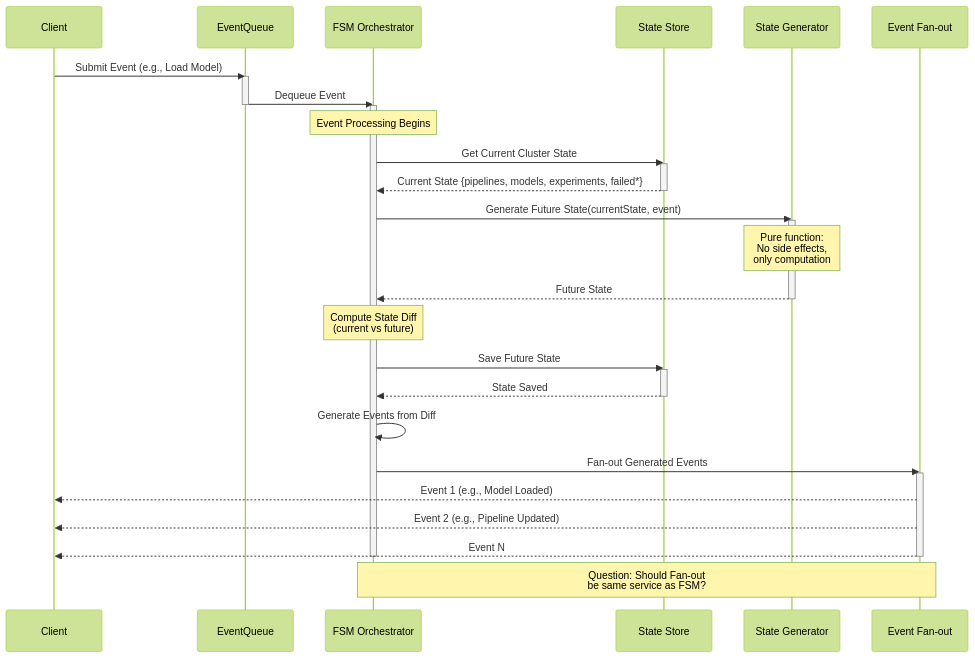
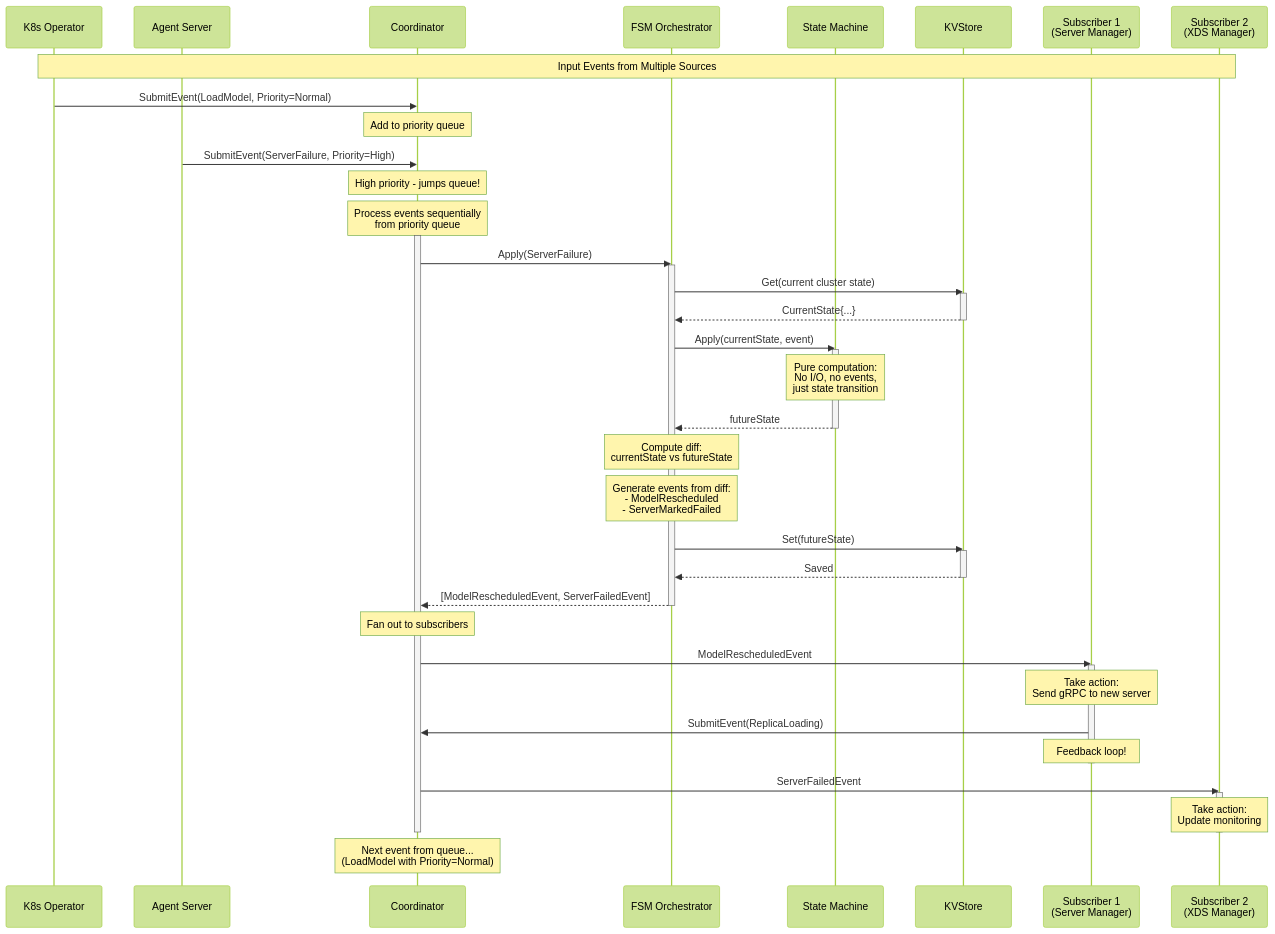
The diagram in scheduler/pkg/fsm/DESIGN.md (SeldonIO/seldon-core), drawn with Mermaid (forest theme) before and after one commit. The commit also changed other lines of this file and 5 other files, not shown here.

````diff
--- a/scheduler/pkg/fsm/DESIGN.md
+++ b/scheduler/pkg/fsm/DESIGN.md
@@ -47,48 +123,65 @@
 ```mermaid
 sequenceDiagram
-    participant Client
-    participant EventQueue
+    participant K8s as K8s Operator
+    participant Server as Agent Server
+    participant Coord as Coordinator
     participant FSM as FSM Orchestrator
-    participant Store as State Store
-    participant SG as State Generator
-    participant Fanout as Event Fan-out
+    participant SM as State Machine
+    participant Store as KVStore
+    participant Sub1 as Subscriber 1<br/>(Server Manager)
+    participant Sub2 as Subscriber 2<br/>(XDS Manager)
 
-    Client->>EventQueue: Submit Event (e.g., Load Model)
-    activate EventQueue
-    EventQueue->>FSM: Dequeue Event
-    deactivate EventQueue
-    
+    Note over K8s,Sub2: Input Events from Multiple Sources
+
+    K8s->>Coord: SubmitEvent(LoadModel, Priority=Normal)
+    Note over Coord: Add to priority queue
+
+    Server->>Coord: SubmitEvent(ServerFailure, Priority=High)
+    Note over Coord: High priority - jumps queue!
+
+    Note over Coord: Process events sequentially<br/>from priority queue
+
+    activate Coord
+    Coord->>FSM: Apply(ServerFailure)
     activate FSM
-    Note over FSM: Event Processing Begins
-    
-    FSM->>Store: Get Current Cluster State
+
+    FSM->>Store: Get(current cluster state)
     activate Store
-    Store-->>FSM: Current State {pipelines, models, experiments, failed*}
+    Store-->>FSM: CurrentState{...}
     deactivate Store
-    
-    FSM->>SG: Generate Future State(currentState, event)
-    activate SG
-    Note over SG: Pure function:<br/>No side effects,<br/>only computation
-    SG-->>FSM: Future State
-    deactivate SG
-    
-    Note over FSM: Compute State Diff<br/>(current vs future)
-    
-    FSM->>Store: Save Future State
+
+    FSM->>SM: Apply(currentState, event)
+    activate SM
+    Note over SM: Pure computation:<br/>No I/O, no events,<br/>just state transition
+    SM-->>FSM: futureState
+    deactivate SM
+
+    Note over FSM: Compute diff:<br/>currentState vs futureState
+    Note over FSM: Generate events from diff:<br/>- ModelRescheduled<br/>- ServerMarkedFailed
+
+    FSM->>Store: Set(futureState)
     activate Store
-    Store-->>FSM: State Saved
+    Store-->>FSM: Saved
     deactivate Store
-    
-    FSM->>FSM: Generate Events from Diff
-    
-    FSM->>Fanout: Fan-out Generated Events
-    activate Fanout
-    Fanout-->>Client: Event 1 (e.g., Model Loaded)
-    Fanout-->>Client: Event 2 (e.g., Pipeline Updated)
-    Fanout-->>Client: Event N
-    deactivate Fanout
-    
+
+    FSM-->>Coord: [ModelRescheduledEvent, ServerFailedEvent]
     deactivate FSM
-    
-    Note over FSM,Fanout: Question: Should Fan-out<br/>be same service as FSM?
+
+    Note over Coord: Fan out to subscribers
+
+    Coord->>Sub1: ModelRescheduledEvent
+    activate Sub1
+    Note over Sub1: Take action:<br/>Send gRPC to new server
+    Sub1->>Coord: SubmitEvent(ReplicaLoading)
+    Note over Sub1: Feedback loop!
+    deactivate Sub1
+
+    Coord->>Sub2: ServerFailedEvent
+    activate Sub2
+    Note over Sub2: Take action:<br/>Update monitoring
+    deactivate Sub2
+
+    deactivate Coord
+
+    Note over Coord: Next event from queue...<br/>(LoadModel with Priority=Normal)
 ```
````
